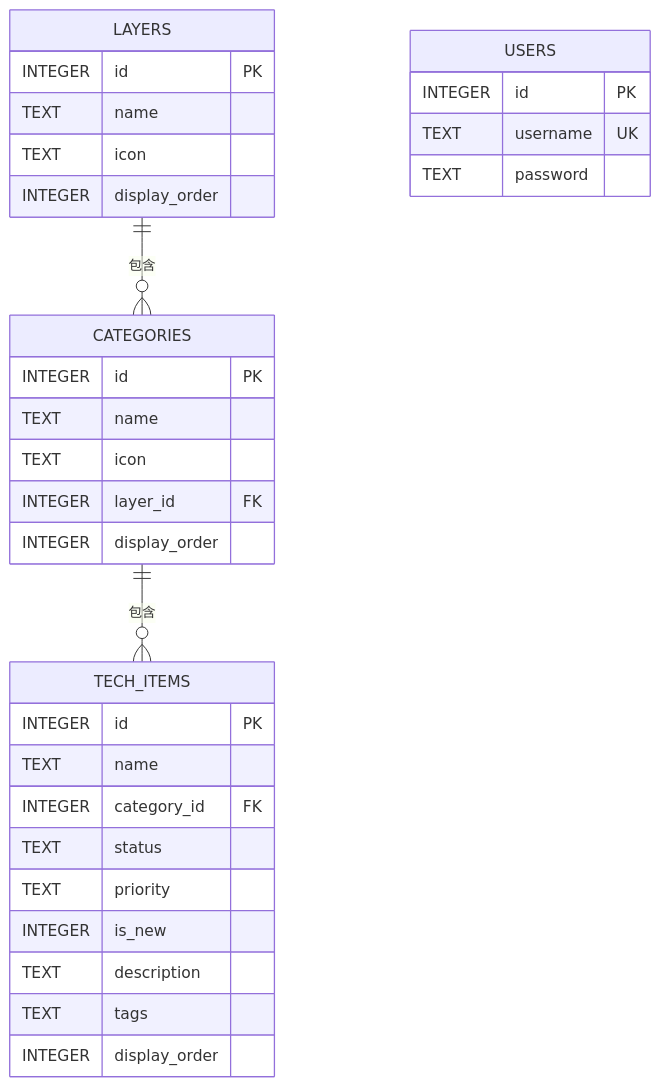
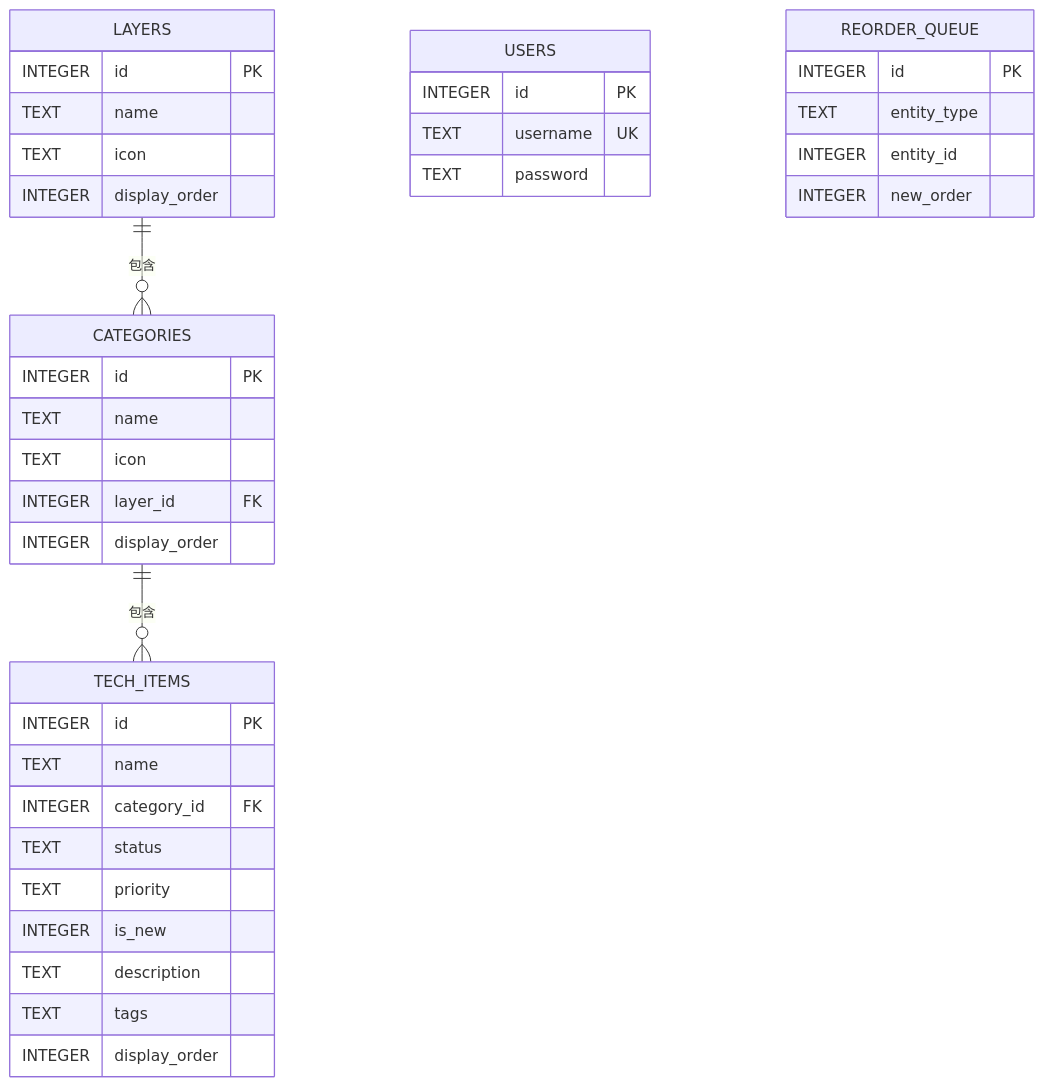
The second of 6 diagrams in .qoder/repowiki/zh/content/API接口参考/API接口参考.md (tutusiji/lantu-next), drawn with Mermaid before and after one commit. The commit also changed other lines of this file and 22 other files, not shown here.

````diff
--- a/.qoder/repowiki/zh/content/API接口参考/API接口参考.md
+++ b/.qoder/repowiki/zh/content/API接口参考/API接口参考.md
@@ -94,34 +109,40 @@
 ```mermaid
 erDiagram
 LAYERS {
 INTEGER id PK
 TEXT name
 TEXT icon
 INTEGER display_order
 }
 CATEGORIES {
 INTEGER id PK
 TEXT name
 TEXT icon
 INTEGER layer_id FK
 INTEGER display_order
 }
 TECH_ITEMS {
 INTEGER id PK
 TEXT name
 INTEGER category_id FK
 TEXT status
 TEXT priority
 INTEGER is_new
 TEXT description
 TEXT tags
 INTEGER display_order
 }
 USERS {
 INTEGER id PK
 TEXT username UK
 TEXT password
 }
+REORDER_QUEUE {
+INTEGER id PK
+TEXT entity_type
+INTEGER entity_id
+INTEGER new_order
+}
 LAYERS ||--o{ CATEGORIES : "包含"
 CATEGORIES ||--o{ TECH_ITEMS : "包含"
 ```
````
